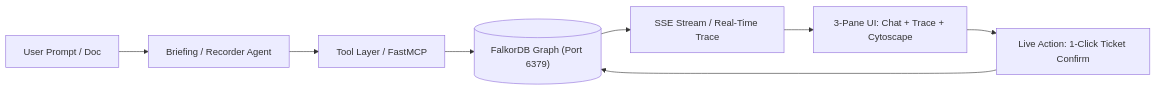
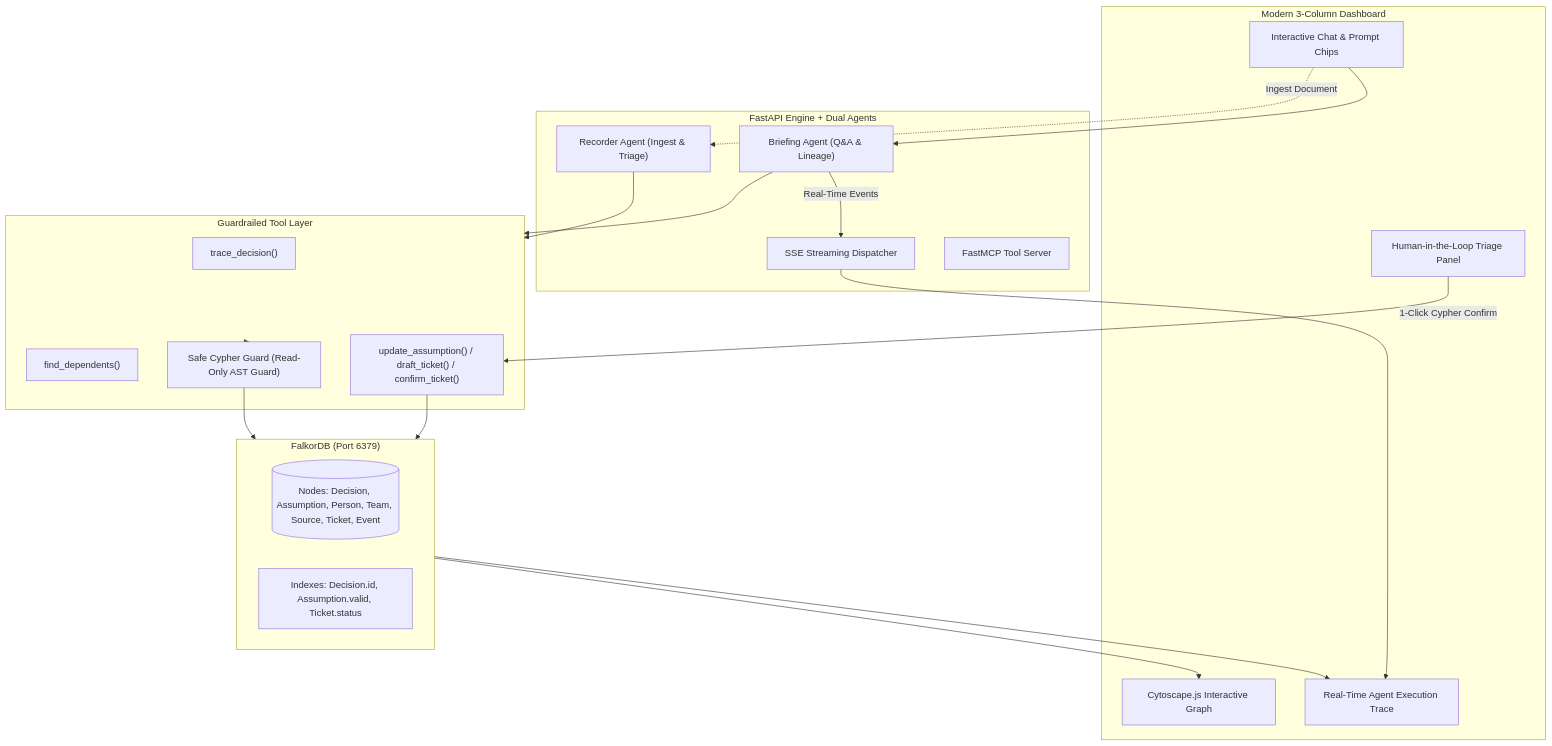
One commit to suchit2004/Strand_Why-Did-We changed the first of 2 diagrams in README.md. Above: the diagram before and after it, drawn with Mermaid. The commit also changed other lines of this file, not shown here.

Commit message:
docs: enrich README with architecture diagrams, demo script, and track alignment

````diff
--- a/README.md
+++ b/README.md
@@ -22,10 +38,40 @@
 ```mermaid
-flowchart LR
-    A["User Prompt / Doc"] --> B["Briefing / Recorder Agent"]
-    B --> C["Tool Layer / FastMCP"]
-    C --> D[("FalkorDB Graph (Port 6379)")]
-    D --> E["SSE Stream / Real-Time Trace"]
-    E --> F["3-Pane UI: Chat + Trace + Cytoscape"]
-    F --> G["Live Action: 1-Click Ticket Confirm"]
-    G --> D
+flowchart TD
+    subgraph UI ["Modern 3-Column Dashboard"]
+        Chat["Interactive Chat & Prompt Chips"]
+        Trace["Real-Time Agent Execution Trace"]
+        Graph["Cytoscape.js Interactive Graph"]
+        Tickets["Human-in-the-Loop Triage Panel"]
+    end
+
+    subgraph Backend ["FastAPI Engine + Dual Agents"]
+        BriefingAgent["Briefing Agent (Q&A & Lineage)"]
+        RecorderAgent["Recorder Agent (Ingest & Triage)"]
+        SSEStreamer["SSE Streaming Dispatcher"]
+        MCP["FastMCP Tool Server"]
+    end
+
+    subgraph Tools ["Guardrailed Tool Layer"]
+        TraceTool["trace_decision()"]
+        RadiusTool["find_dependents()"]
+        CypherGuard["Safe Cypher Guard (Read-Only AST Guard)"]
+        WriteTools["update_assumption() / draft_ticket() / confirm_ticket()"]
+    end
+
+    subgraph Database ["FalkorDB (Port 6379)"]
+        Nodes[("Nodes: Decision, Assumption, Person, Team, Source, Ticket, Event")]
+        Indexes["Indexes: Decision.id, Assumption.valid, Ticket.status"]
+    end
+
+    Chat --> BriefingAgent
+    Chat -. Ingest Document .-> RecorderAgent
+    BriefingAgent --> Tools
+    RecorderAgent --> Tools
+    Tools --> CypherGuard
+    CypherGuard --> Database
+    WriteTools --> Database
+    Database --> Trace
+    Database --> Graph
+    Tickets -- 1-Click Cypher Confirm --> WriteTools
+    BriefingAgent -- Real-Time Events --> SSEStreamer --> Trace
 ```
````
